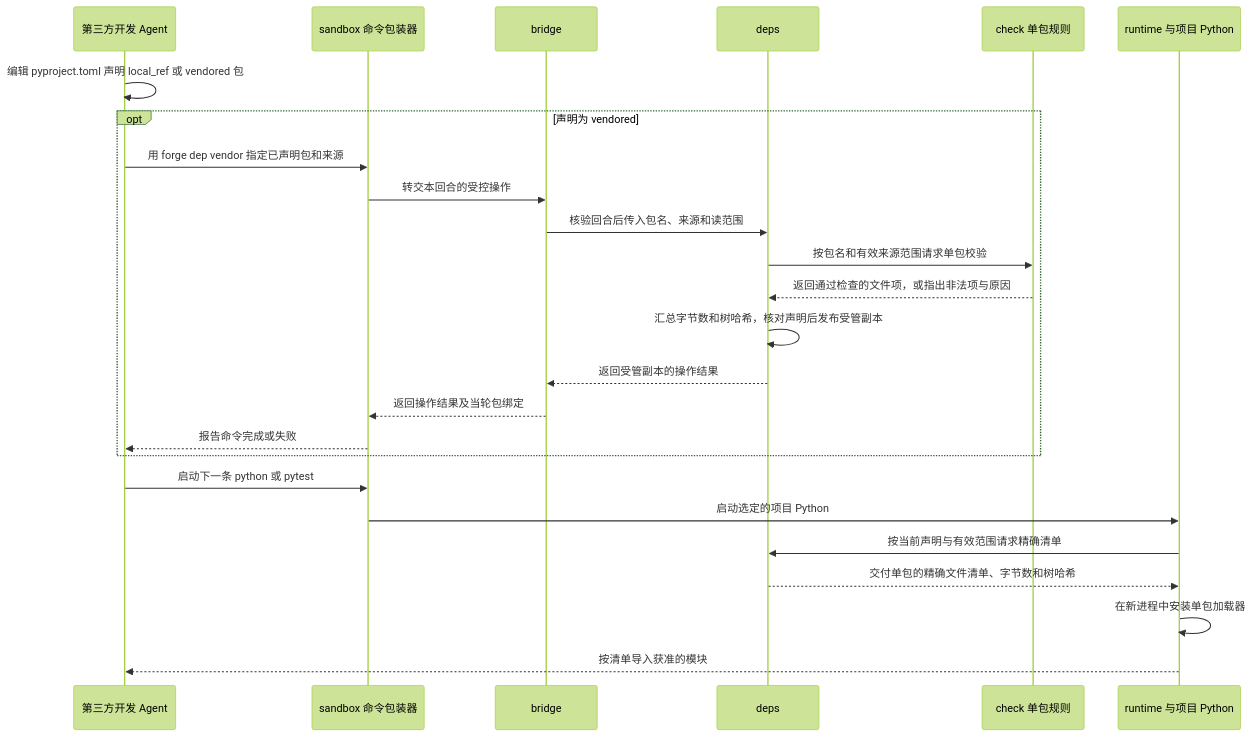
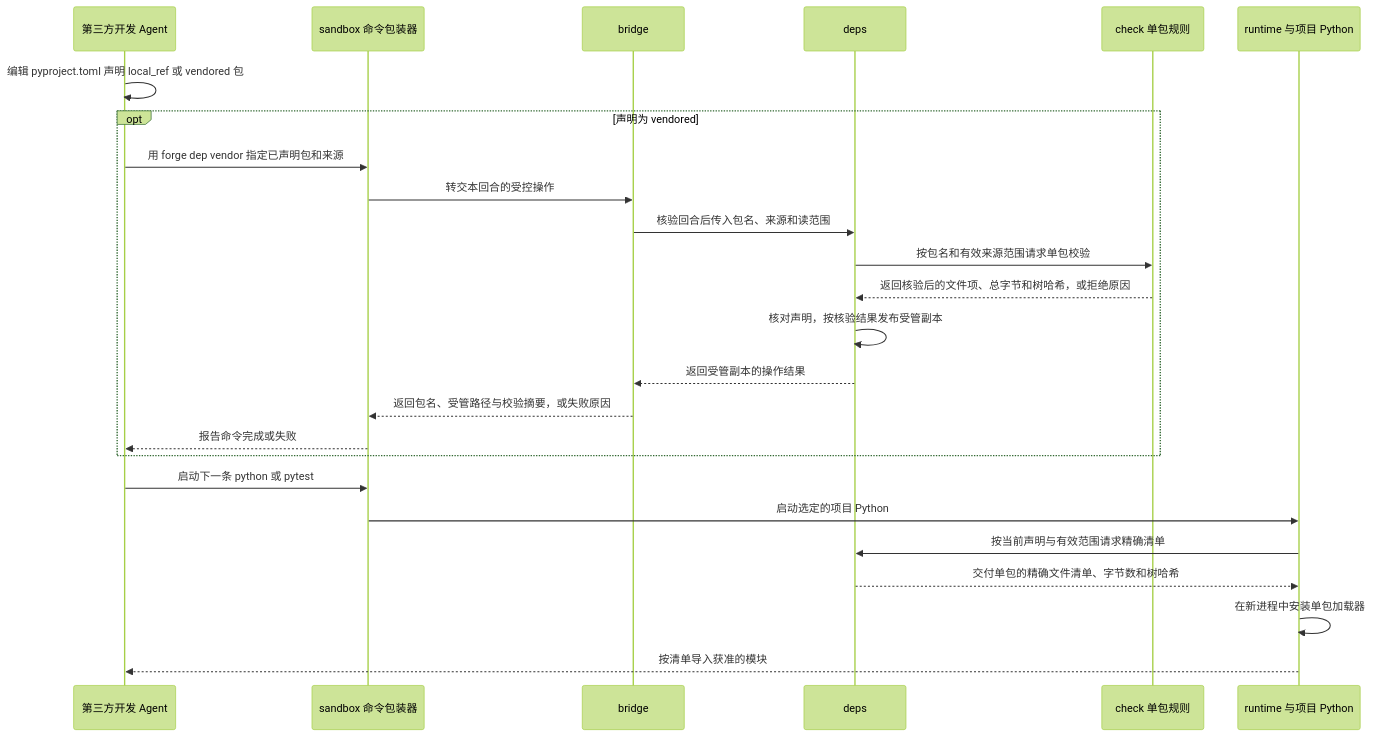
Before and after one commit to vincent9299/demiflow: the fourth of 14 diagrams in docs/demiflow-architecture.md, drawn with Mermaid (forest theme). The commit also changed other lines of this file, not shown here.

````diff
--- a/docs/demiflow-architecture.md
+++ b/docs/demiflow-architecture.md
@@ -160,27 +165,27 @@
 ```mermaid
 sequenceDiagram
     participant A as 第三方开发 Agent
     participant S as sandbox 命令包装器
     participant B as bridge
     participant D as deps
     participant C as check 单包规则
     participant R as runtime 与项目 Python
     A->>A: 编辑 pyproject.toml 声明 local_ref 或 vendored 包
     opt 声明为 vendored
         A->>S: 用 forge dep vendor 指定已声明包和来源
         S->>B: 转交本回合的受控操作
         B->>D: 核验回合后传入包名、来源和读范围
         D->>C: 按包名和有效来源范围请求单包校验
-        C-->>D: 返回通过检查的文件项，或指出非法项与原因
-        D->>D: 汇总字节数和树哈希，核对声明后发布受管副本
+        C-->>D: 返回核验后的文件项、总字节和树哈希，或拒绝原因
+        D->>D: 核对声明，按核验结果发布受管副本
         D-->>B: 返回受管副本的操作结果
-        B-->>S: 返回操作结果及当轮包绑定
+        B-->>S: 返回包名、受管路径与校验摘要，或失败原因
         S-->>A: 报告命令完成或失败
     end
     A->>S: 启动下一条 python 或 pytest
     S->>R: 启动选定的项目 Python
     R->>D: 按当前声明与有效范围请求精确清单
     D-->>R: 交付单包的精确文件清单、字节数和树哈希
     R->>R: 在新进程中安装单包加载器
     R-->>A: 按清单导入获准的模块
 ```
````
